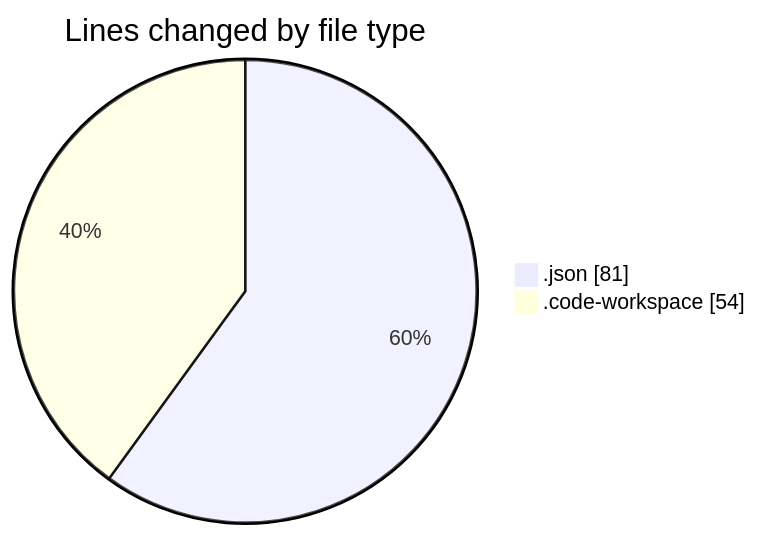
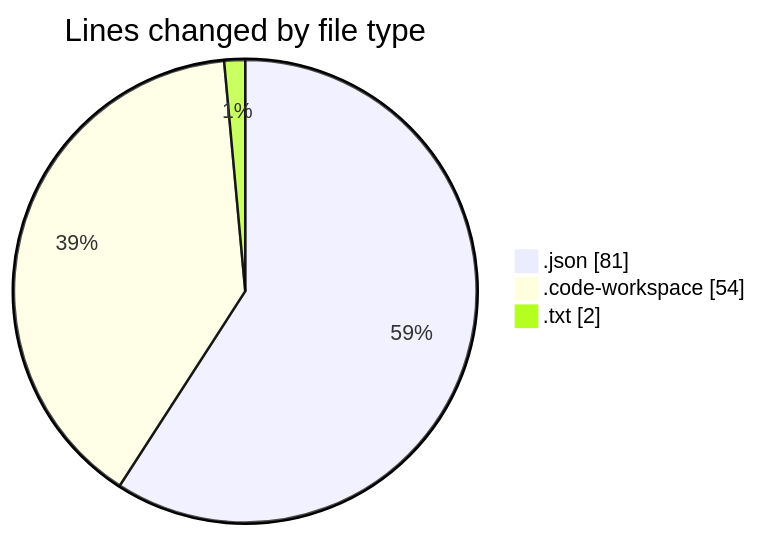
Before and after one commit to jadenblack/code-tracking: the first of 2 diagrams in 2026-02-24/workbench__workspace_/README.md, drawn with Mermaid. The commit also changed other lines of this file and 1 other file, not shown here.

````diff
--- a/2026-02-24/workbench__workspace_/README.md
+++ b/2026-02-24/workbench__workspace_/README.md
@@ -21,6 +22,7 @@
 ```mermaid
 pie showData
 title Lines changed by file type
 ".json" : 81
 ".code-workspace" : 54
+".txt" : 2
 ```
````
